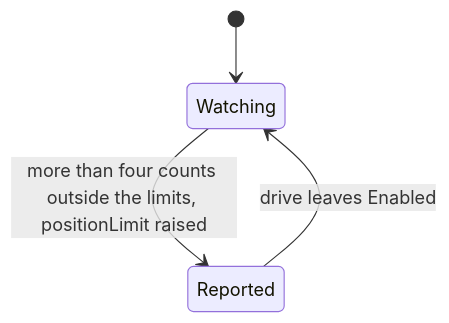
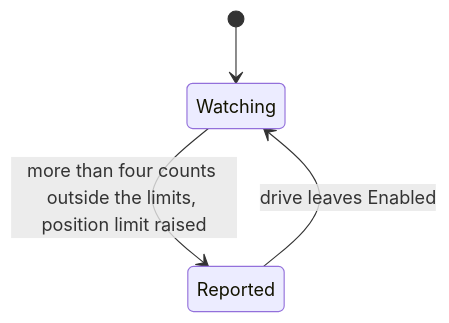
One commit to embedded-pro/e-foc changed the seventh of 9 diagrams in documentation/design/fault-supervision.md. Above: the diagram before and after it, drawn with Mermaid. The commit also changed other lines of this file and 37 other files, not shown here.

````diff
--- a/documentation/design/fault-supervision.md
+++ b/documentation/design/fault-supervision.md
@@ -390,6 +400,6 @@
 ```mermaid
 stateDiagram-v2
     [*] --> Watching
-    Watching --> Reported : more than four counts outside the limits, positionLimit raised
+    Watching --> Reported : more than four counts outside the limits, position limit raised
     Reported --> Watching : drive leaves Enabled
 ```
````
